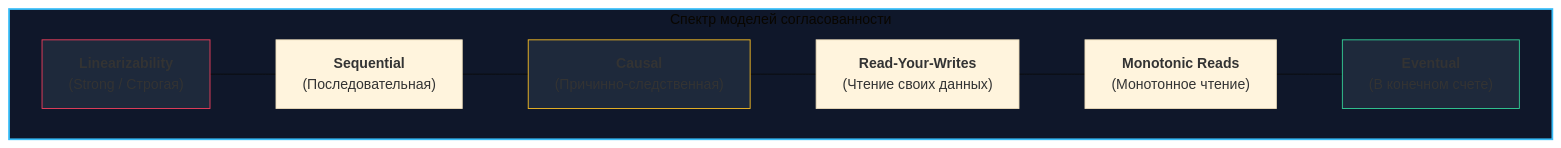
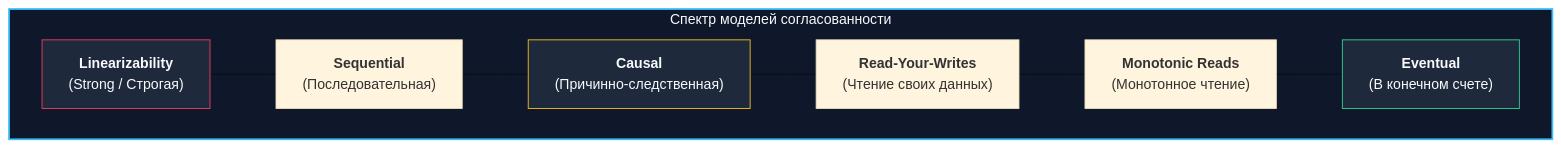
The first of 3 diagrams in sources/12. Базы данных/08. Распределенные базы данных/6. Consistency модели.md (UnrealTemplier/go-textbook), drawn with Mermaid (base theme) before and after one commit. The commit also changed other lines of this file and 310 other files, not shown here.

First line of the commit message:
fix(mermaid): replace light fill colors with dark palette for readability on dark theme

````diff
--- a/sources/12. Базы данных/08. Распределенные базы данных/6. Consistency модели.md
+++ b/sources/12. Базы данных/08. Распределенные базы данных/6. Consistency модели.md
@@ -17,16 +17,16 @@
 ```mermaid
 flowchart LR
     subgraph Spectrum ["Спектр моделей согласованности"]
         direction LR
         S1["<b>Linearizability</b><br>(Strong / Строгая)"] --- S2["<b>Sequential</b><br>(Последовательная)"]
         S2 --- S3["<b>Causal</b><br>(Причинно-следственная)"]
         S3 --- S4["<b>Read-Your-Writes</b><br>(Чтение своих данных)"]
         S4 --- S5["<b>Monotonic Reads</b><br>(Монотонное чтение)"]
         S5 --- S6["<b>Eventual</b><br>(В конечном счете)"]
     end
 
-    style Spectrum fill:#0f172a,stroke:#38bdf8,stroke-width:2px
-    style S1 fill:#1e293b,stroke:#f43f5e,stroke-width:1px
-    style S3 fill:#1e293b,stroke:#fbbf24,stroke-width:1px
-    style S6 fill:#1e293b,stroke:#34d399,stroke-width:1px
+    style Spectrum fill:#0f172a,stroke:#38bdf8,stroke-width:2px,color:#f8fafc
+    style S1 fill:#1e293b,stroke:#f43f5e,stroke-width:1px,color:#f8fafc
+    style S3 fill:#1e293b,stroke:#fbbf24,stroke-width:1px,color:#f8fafc
+    style S6 fill:#1e293b,stroke:#34d399,stroke-width:1px,color:#f8fafc
 ```
````
